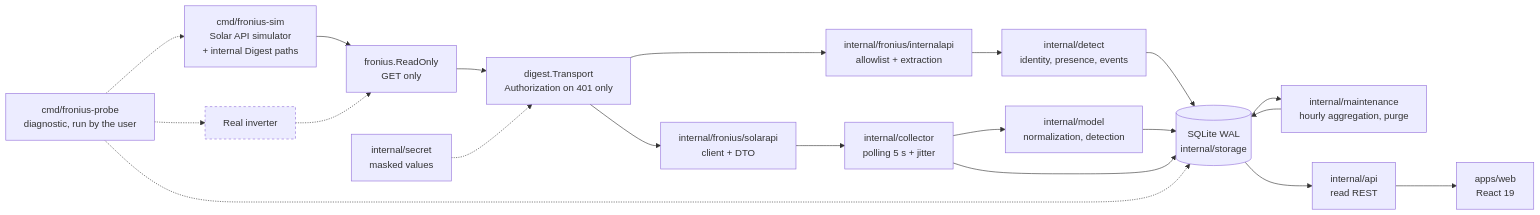
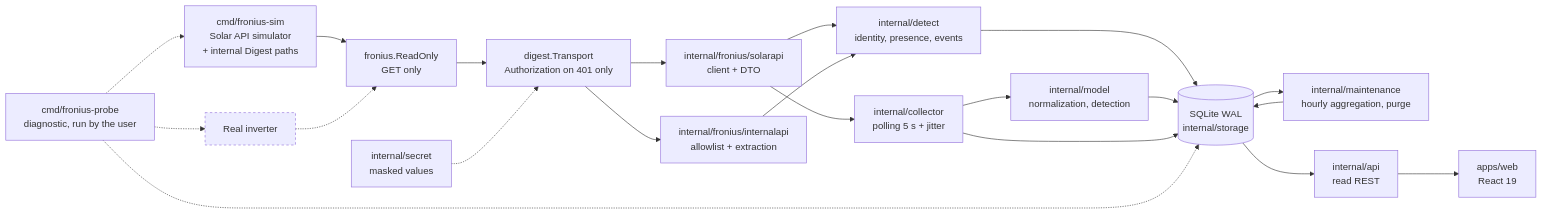
The diagram in docs/ARCHITECTURE.md (remylavergne/fronius-dashboard), drawn with Mermaid before and after one commit. The commit also changed other lines of this file and 23 other files, not shown here.

````diff
--- a/docs/ARCHITECTURE.md
+++ b/docs/ARCHITECTURE.md
@@ -9,36 +9,37 @@
 ```mermaid
 flowchart LR
   SIM["cmd/fronius-sim<br/>Solar API simulator<br/>+ internal Digest paths"]
   INV["Real inverter"]:::futur
   RO["fronius.ReadOnly<br/>GET only"]
   DG["digest.Transport<br/>Authorization on 401 only"]
   SA["internal/fronius/solarapi<br/>client + DTO"]
   IA["internal/fronius/internalapi<br/>allowlist + extraction"]
   COL["internal/collector<br/>polling 5 s + jitter"]
   DET["internal/detect<br/>identity, presence, events"]
   MAINT["internal/maintenance<br/>hourly aggregation, purge"]
   MOD["internal/model<br/>normalization, detection"]
   SEC["internal/secret<br/>masked values"]
   DB[("SQLite WAL<br/>internal/storage")]
   API["internal/api<br/>read REST"]
   WEB["apps/web<br/>React 19"]
   PROBE["cmd/fronius-probe<br/>diagnostic, run by the user"]
 
   SIM --> RO
   INV -.-> RO
   RO --> DG
   DG --> SA --> COL
+  SA --> DET
   DG --> IA --> DET
   DET --> DB
   COL --> MOD --> DB
   COL --> DB
   MAINT --> DB
   DB --> MAINT
   SEC -.-> DG
   PROBE -.-> SIM
   PROBE -.-> INV
   PROBE -.-> DB
   DB --> API --> WEB
 
   classDef futur stroke-dasharray: 4 4
 ```
````
